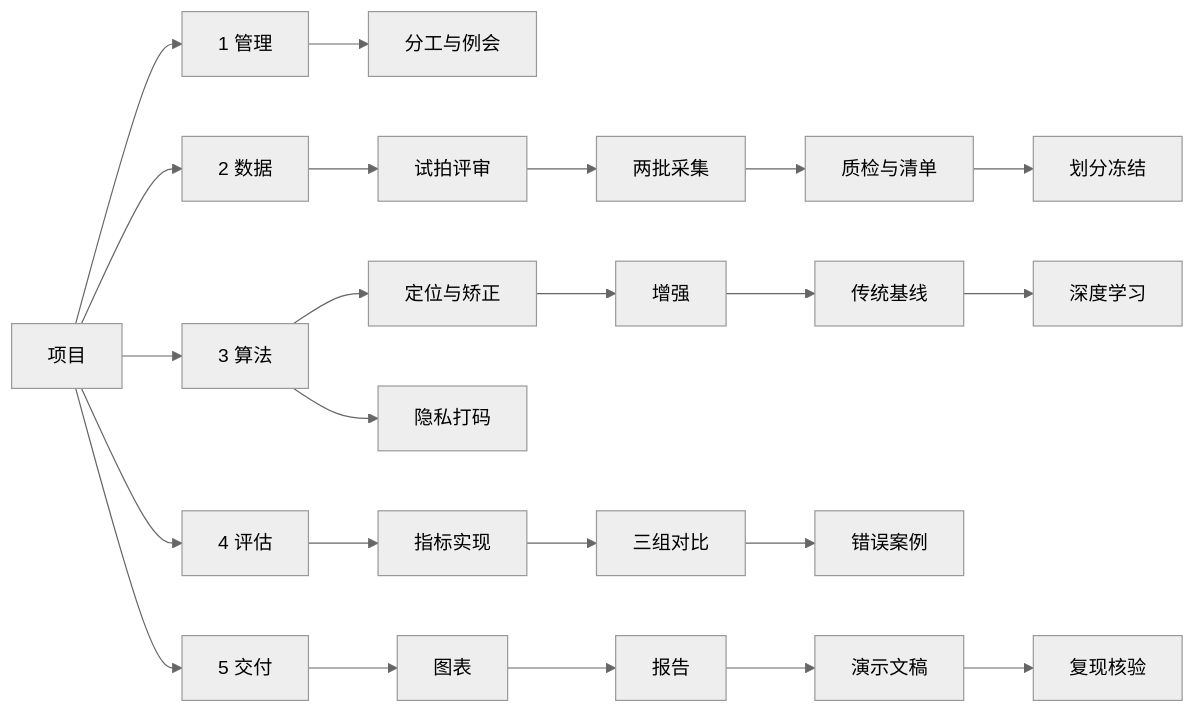
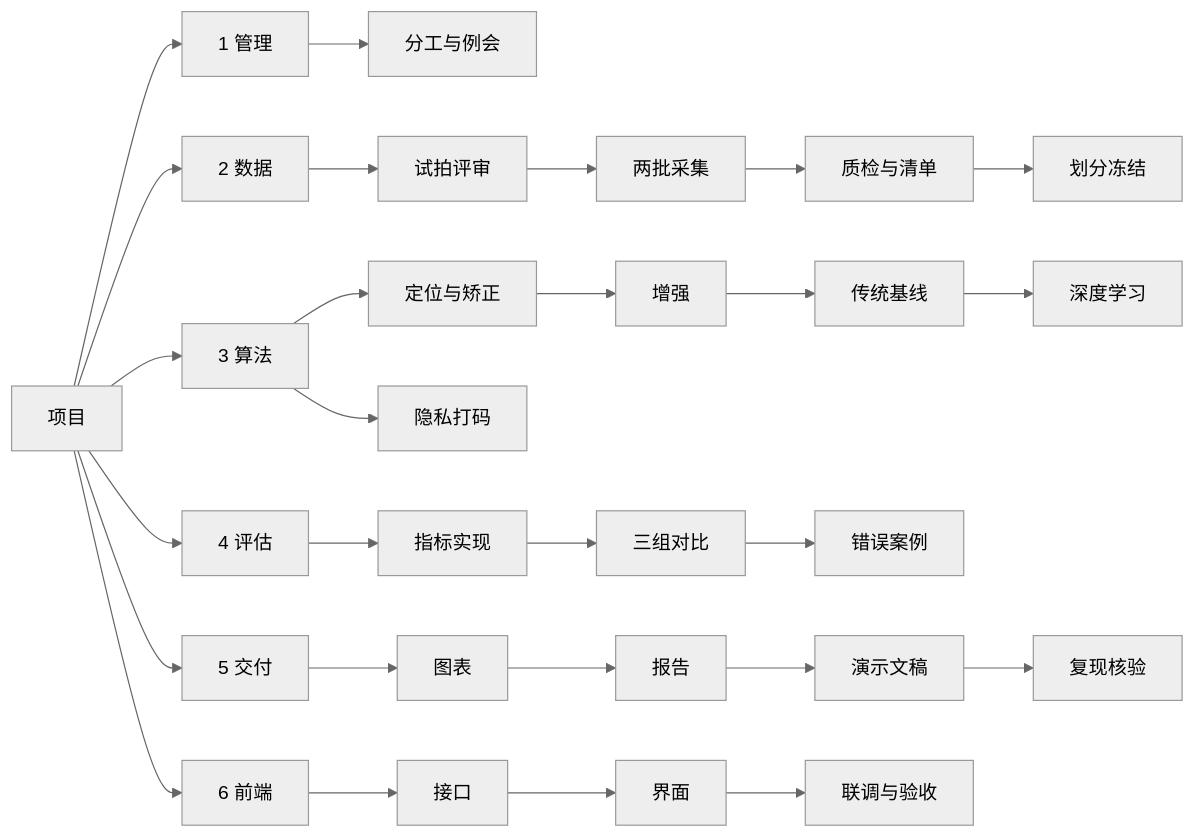
Before and after one commit to LosproeOcl/wut-ml-task06-doc-normalizer: the diagram in docs/05-项目计划与分工.md, drawn with Mermaid (neutral theme). The commit also changed other lines of this file and 23 other files, not shown here.

````diff
--- a/docs/05-项目计划与分工.md
+++ b/docs/05-项目计划与分工.md
@@ -24,14 +24,16 @@
 ```mermaid
 flowchart LR
     P[项目] --> A[1 管理]
     P --> B[2 数据]
     P --> C[3 算法]
     P --> D[4 评估]
     P --> E[5 交付]
     A --> A1[分工与例会]
     B --> B1[试拍评审] --> B2[两批采集] --> B3[质检与清单] --> B4[划分冻结]
     C --> C1[定位与矫正] --> C2[增强] --> C3[传统基线] --> C4[深度学习]
     C --> C5[隐私打码]
     D --> D1[指标实现] --> D2[三组对比] --> D3[错误案例]
     E --> E1[图表] --> E2[报告] --> E3[演示文稿] --> E4[复现核验]
+    P --> F[6 前端]
+    F --> F1[接口] --> F2[界面] --> F3[联调与验收]
 ```
````
